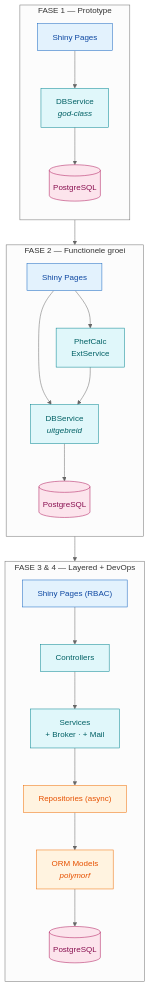
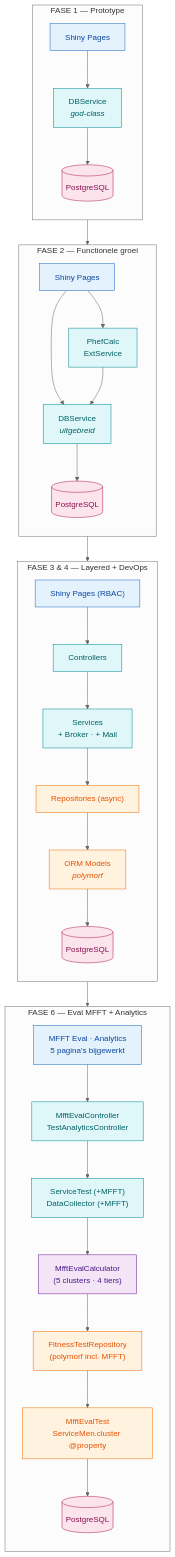
The third of 3 diagrams in documentation/evolution.md (BenoitGoethals/WarriorFit), drawn with Mermaid (neutral theme) before and after one commit. The commit also changed other lines of this file and 4 other files, not shown here.

First line of the commit message:
docs: update evolution timeline with MFFT Eval and Test Analytics integration

````diff
--- a/documentation/evolution.md
+++ b/documentation/evolution.md
@@ -47,35 +54,47 @@
 ```mermaid
 flowchart TB
     subgraph F1["FASE 1 — Prototype"]
         direction TB
         F1U[Shiny Pages] --> F1S["DBService<br/><i>god-class</i>"] --> F1DB[(PostgreSQL)]
     end
 
     subgraph F2["FASE 2 — Functionele groei"]
         direction TB
         F2U[Shiny Pages] --> F2C["PhefCalc<br/>ExtService"]
         F2U --> F2S["DBService<br/><i>uitgebreid</i>"]
         F2C --> F2S
         F2S --> F2DB[(PostgreSQL)]
     end
 
     subgraph F34["FASE 3 & 4 — Layered + DevOps"]
         direction TB
         F3U["Shiny Pages (RBAC)"] --> F3C[Controllers]
         F3C --> F3S["Services<br/>+ Broker · + Mail"]
         F3S --> F3R["Repositories (async)"]
         F3R --> F3M["ORM Models<br/><i>polymorf</i>"]
         F3M --> F3DB[(PostgreSQL)]
     end
 
-    F1 --> F2 --> F34
+    subgraph F6["FASE 6 — Eval MFFT + Analytics"]
+        direction TB
+        F6U["MFFT Eval · Analytics<br/>5 pagina's bijgewerkt"] --> F6C["MfftEvalController<br/>TestAnalyticsController"]
+        F6C --> F6S["ServiceTest (+MFFT)<br/>DataCollector (+MFFT)"]
+        F6S --> F6L["MfftEvalCalculator<br/>(5 clusters · 4 tiers)"]
+        F6L --> F6R["FitnessTestRepository<br/>(polymorf incl. MFFT)"]
+        F6R --> F6M["MfftEvalTest<br/>ServiceMen.cluster @property"]
+        F6M --> F6DB[(PostgreSQL)]
+    end
 
-    classDef ui   fill:#e3f2fd,stroke:#1565c0,color:#0d47a1;
-    classDef svc  fill:#e0f7fa,stroke:#00838f,color:#006064;
-    classDef repo fill:#fff3e0,stroke:#ef6c00,color:#e65100;
-    classDef db   fill:#fce4ec,stroke:#ad1457,color:#880e4f;
-    class F1U,F2U,F3U ui
-    class F1S,F2S,F2C,F3C,F3S svc
-    class F3R,F3M repo
-    class F1DB,F2DB,F3DB db
+    F1 --> F2 --> F34 --> F6
+
+    classDef ui    fill:#e3f2fd,stroke:#1565c0,color:#0d47a1;
+    classDef svc   fill:#e0f7fa,stroke:#00838f,color:#006064;
+    classDef logic fill:#f3e5f5,stroke:#6a1b9a,color:#4a148c;
+    classDef repo  fill:#fff3e0,stroke:#ef6c00,color:#e65100;
+    classDef db    fill:#fce4ec,stroke:#ad1457,color:#880e4f;
+    class F1U,F2U,F3U,F6U ui
+    class F1S,F2S,F2C,F3C,F3S,F6C,F6S svc
+    class F6L logic
+    class F3R,F3M,F6R,F6M repo
+    class F1DB,F2DB,F3DB,F6DB db
 ```
````
